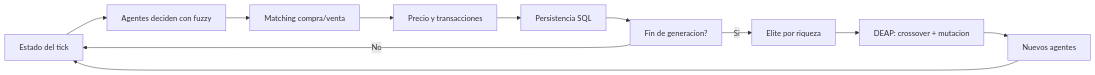
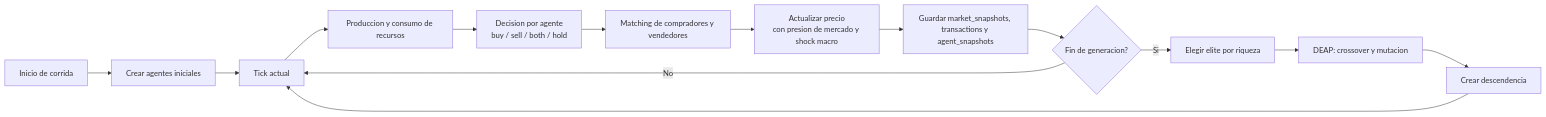
One commit to srwangcr/Ia_Economy_Sim changed the first of 6 diagrams in README.md. Above: the diagram before and after it, drawn with Mermaid. The commit also changed other lines of this file, not shown here.

Commit message:
actualizacion del readme.md

````diff
--- a/README.md
+++ b/README.md
@@ -13,13 +9,16 @@
 ```mermaid
 flowchart LR
-	A[Estado del tick] --> B[Agentes deciden con fuzzy]
-	B --> C[Matching compra/venta]
-	C --> D[Precio y transacciones]
-	D --> E[Persistencia SQL]
-	E --> F[Fin de generacion?]
-	F -->|No| A
-	F -->|Si| G[Elite por riqueza]
-	G --> H[DEAP: crossover + mutacion]
-	H --> I[Nuevos agentes]
-	I --> A
+	A[Inicio de corrida] --> B[Crear agentes iniciales]
+	B --> C[Tick actual]
+	C --> D[Produccion y consumo de recursos]
+	D --> E[Decision por agente\nbuy / sell / both / hold]
+	E --> F[Matching de compradores y vendedores]
+	F --> G[Actualizar precio\ncon presion de mercado y shock macro]
+	G --> H[Guardar market_snapshots, transactions y agent_snapshots]
+	H --> I{Fin de generacion?}
+	I -->|No| C
+	I -->|Si| J[Elegir elite por riqueza]
+	J --> K[DEAP: crossover y mutacion]
+	K --> L[Crear descendencia]
+	L --> C
 ```
````
